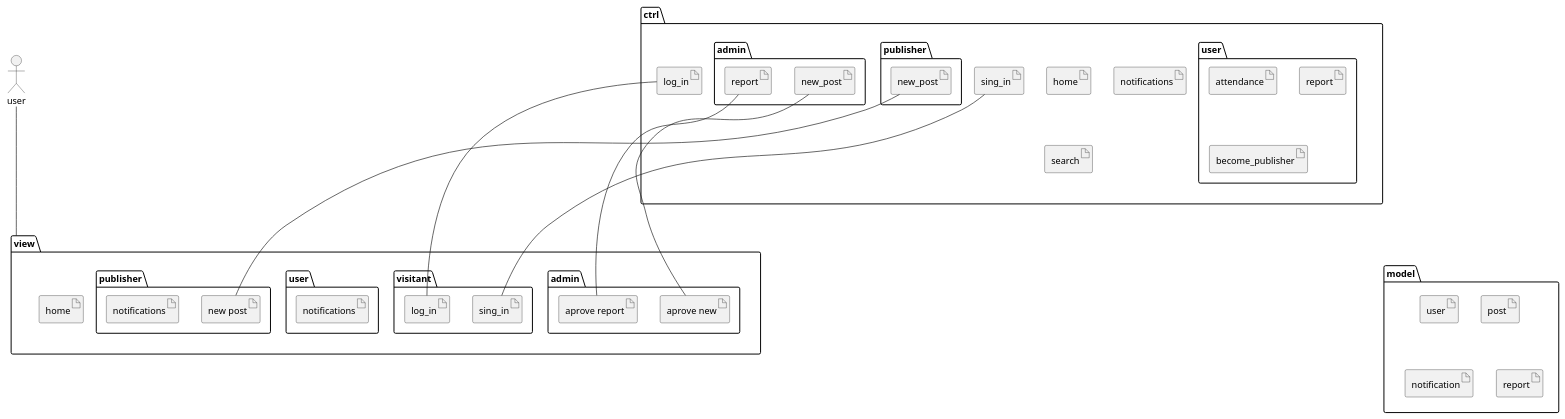
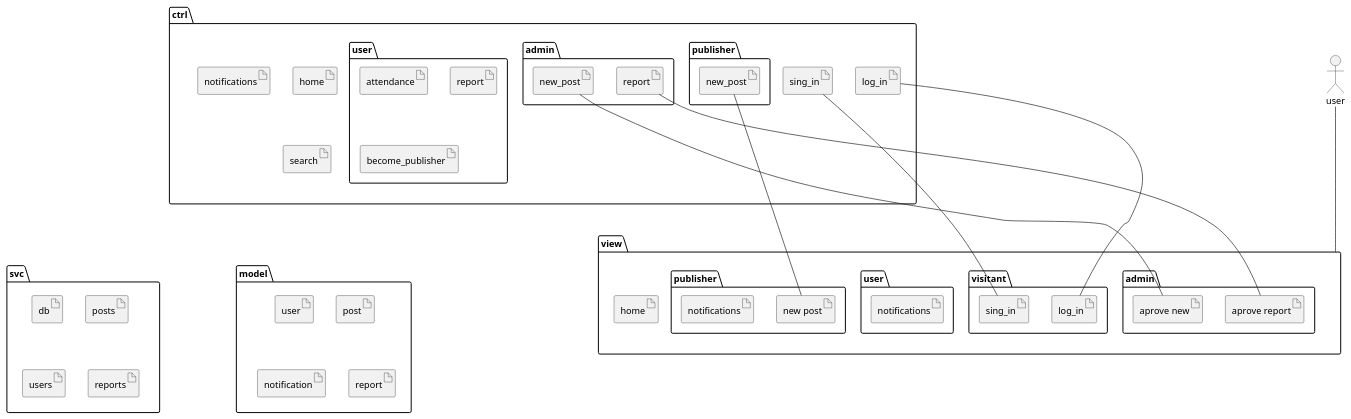
One commit to mazHania4/o_k_h changed the diagram in docs/diagramas/packages.puml. Above: the diagram before and after it, drawn with PlantUML. The commit also changed 9 other files, not shown here.

```diff
--- a/docs/diagramas/packages.puml
+++ b/docs/diagramas/packages.puml
@@ -1,75 +1,82 @@
 @startuml packages
 
 package ctrl {
     artifact "home" as home_ctrl
     artifact "log_in" as login_ctrl
     artifact "sing_in" as singin_ctrl
 
     artifact "notifications" as not_ctrl
     artifact "search" as publ_ctrl
 
     package "admin" as adm_ctrl {
         artifact "new_post" as adm_new_ctrl
         artifact "report" as adm_rep_ctrl
     }
 
     package "publisher" as publisher_ctrl {
         artifact "new_post" as publisher_new_ctrl
     }
 
     package "user" as usr_ctrl {
         artifact "attendance" as usr_attend_ctrl
         artifact "report" as usr_rep_ctrl
         artifact "become_publisher" as usr_to_publisher_ctrl
     }
+}
 
+package svc {
+    artifact "db" as db
+    artifact "posts" as posts_svc
+    artifact "users" as users_svc
+    artifact "reports" as reports_svc
 }
 
 package view {
 
     artifact "home" as v_home
     
     package "admin" as adm_view {
         artifact "aprove new" as adm_new_view
         artifact "aprove report" as adm_rep_view
     }
 
     package "visitant" as vs_view {
         artifact "log_in" as login_view
         artifact "sing_in" as singin_view
     }
 
     package "user" as usr_view {
         artifact "notifications" as u_not
     }
 
     package "publisher" as publisher_view {
         artifact "new post" as publisher_new_view
         artifact "notifications" as p_not
     }
     
 }
 
 package model {
     artifact "user" as user
     artifact "post" as post
     artifact "notification" as notif
     artifact "report" as report
 }
 
 actor user as stick
 
 view--u[hidden]--ctrl
 stick----view
+ctrl--[hidden]--svc
 ctrl--[hidden]--model
 
 adm_new_view -u- adm_new_ctrl
 adm_rep_view -u- adm_rep_ctrl
 
 login_view -u- login_ctrl
 singin_view -u- singin_ctrl
 
 publisher_new_view -u- publisher_new_ctrl
 
 
 @enduml
```
